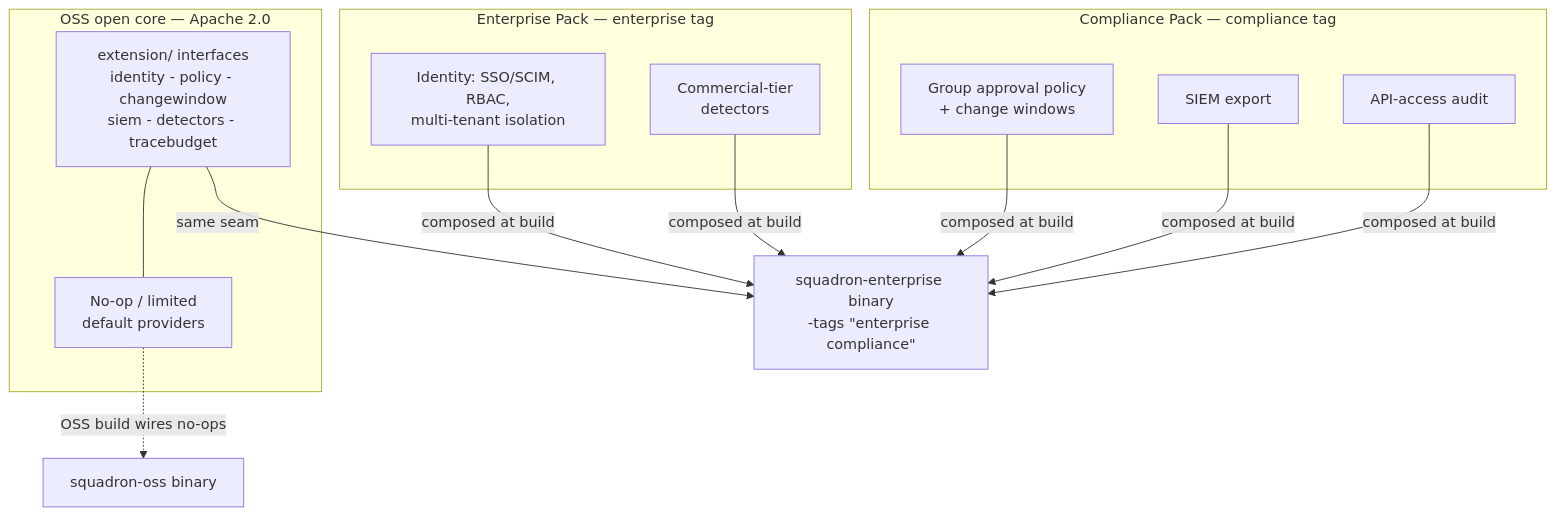
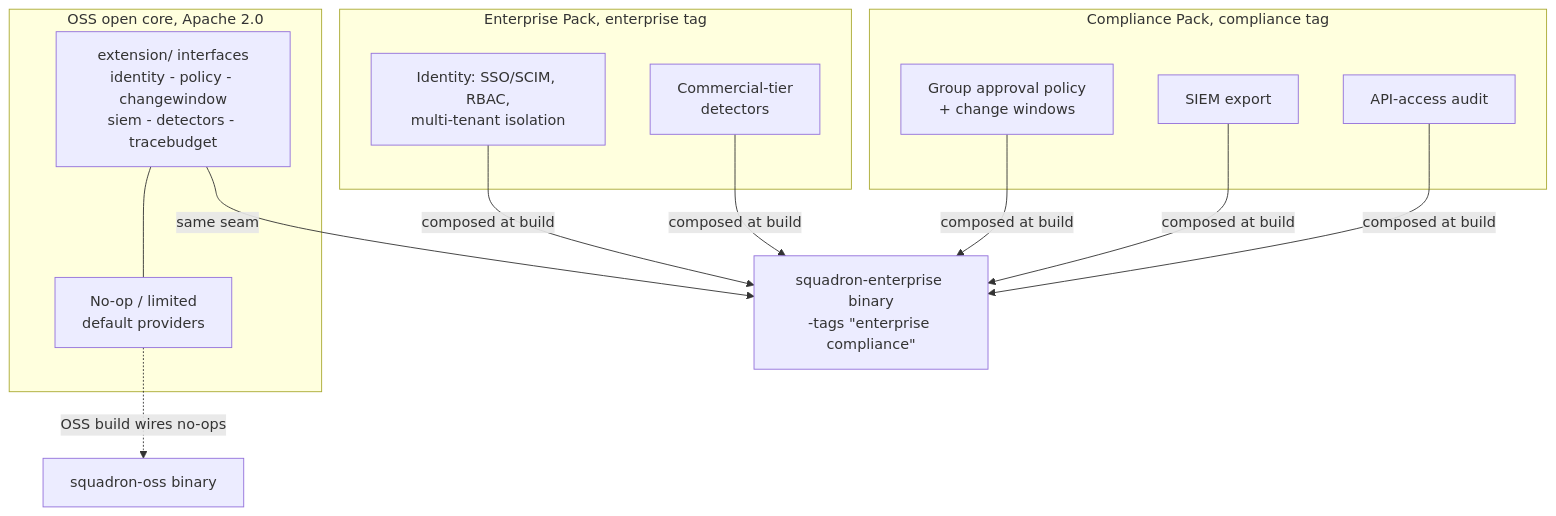
The diagram in docs/enterprise/overview.md (devopsmike2/squadron), drawn with Mermaid before and after one commit. The commit also changed other lines of this file and 173 other files, not shown here.

````diff
--- a/docs/enterprise/overview.md
+++ b/docs/enterprise/overview.md
@@ -18,27 +18,27 @@
 ```mermaid
 flowchart TB
-    subgraph core[OSS open core — Apache 2.0]
+    subgraph core[OSS open core, Apache 2.0]
         SEAM["extension/ interfaces<br/>identity - policy - changewindow<br/>siem - detectors - tracebudget"]
         NOOP[No-op / limited<br/>default providers]
         SEAM --- NOOP
     end
 
-    subgraph ent[Enterprise Pack — enterprise tag]
+    subgraph ent[Enterprise Pack, enterprise tag]
         IDN[Identity: SSO/SCIM, RBAC,<br/>multi-tenant isolation]
         DET[Commercial-tier<br/>detectors]
     end
 
-    subgraph comp[Compliance Pack — compliance tag]
+    subgraph comp[Compliance Pack, compliance tag]
         POL[Group approval policy<br/>+ change windows]
         SIEM[SIEM export]
         AUD[API-access audit]
     end
 
     NOOP -. "OSS build wires no-ops" .-> BIN_OSS[squadron-oss binary]
     IDN -->|composed at build| BIN_ENT
     DET -->|composed at build| BIN_ENT
     POL -->|composed at build| BIN_ENT
     SIEM -->|composed at build| BIN_ENT
     AUD -->|composed at build| BIN_ENT
     SEAM -->|same seam| BIN_ENT["squadron-enterprise binary<br/>-tags &quot;enterprise compliance&quot;"]
 ```
````
